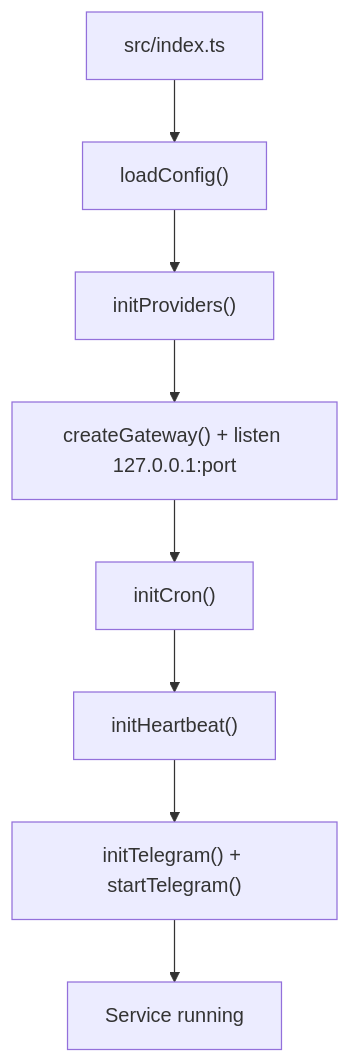
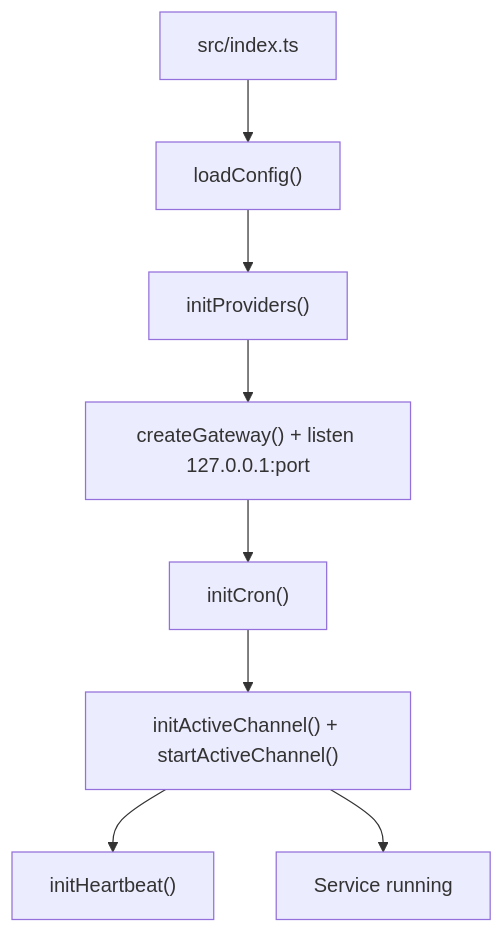
Before and after one commit to kat3samsin/skimpyclaw: the third of 3 diagrams in README.md, drawn with Mermaid. The commit also changed other lines of this file and 13 other files, not shown here.

Commit message:
feat: add discord channel adapter and active channel routing

````diff
--- a/README.md
+++ b/README.md
@@ -77,10 +77,10 @@
 ```mermaid
 flowchart TD
   start["src/index.ts"] --> cfg["loadConfig()"]
   cfg --> providers["initProviders()"]
   providers --> gateway["createGateway() + listen 127.0.0.1:port"]
   gateway --> cron["initCron()"]
-  cron --> hb["initHeartbeat()"]
-  hb --> tg["initTelegram() + startTelegram()"]
+  cron --> tg["initActiveChannel() + startActiveChannel()"]
+  tg --> hb["initHeartbeat()"]
   tg --> run["Service running"]
 ```
````
